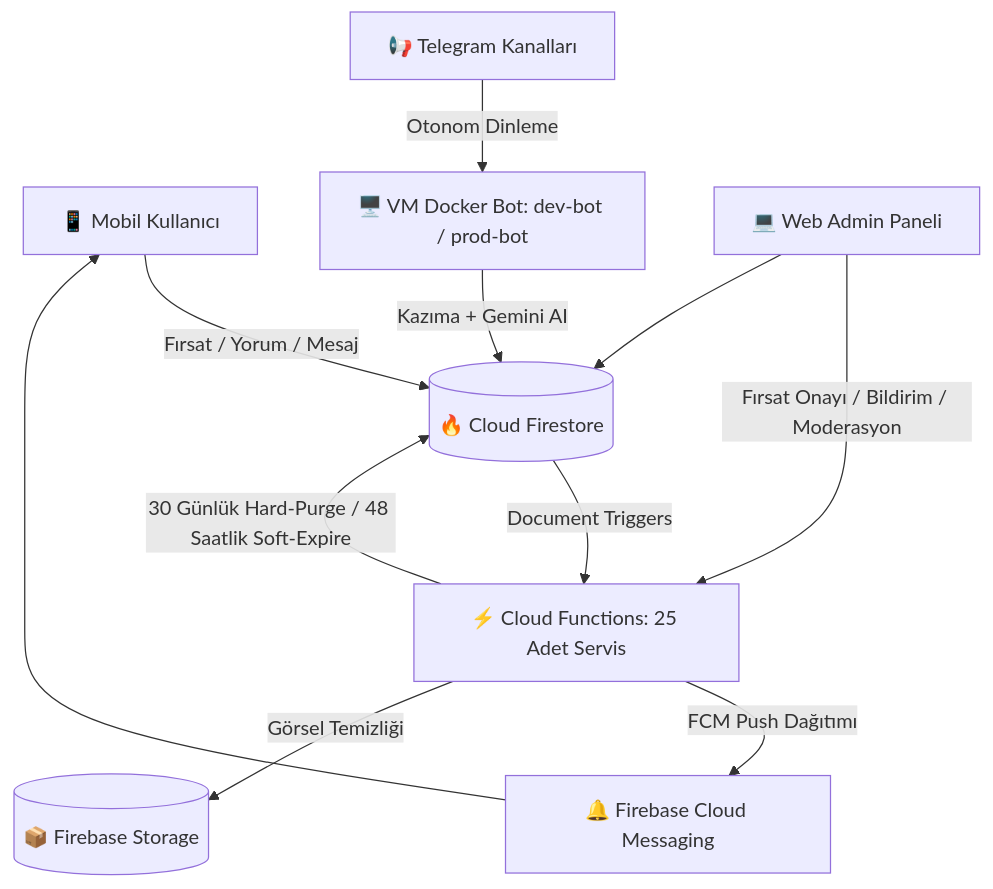
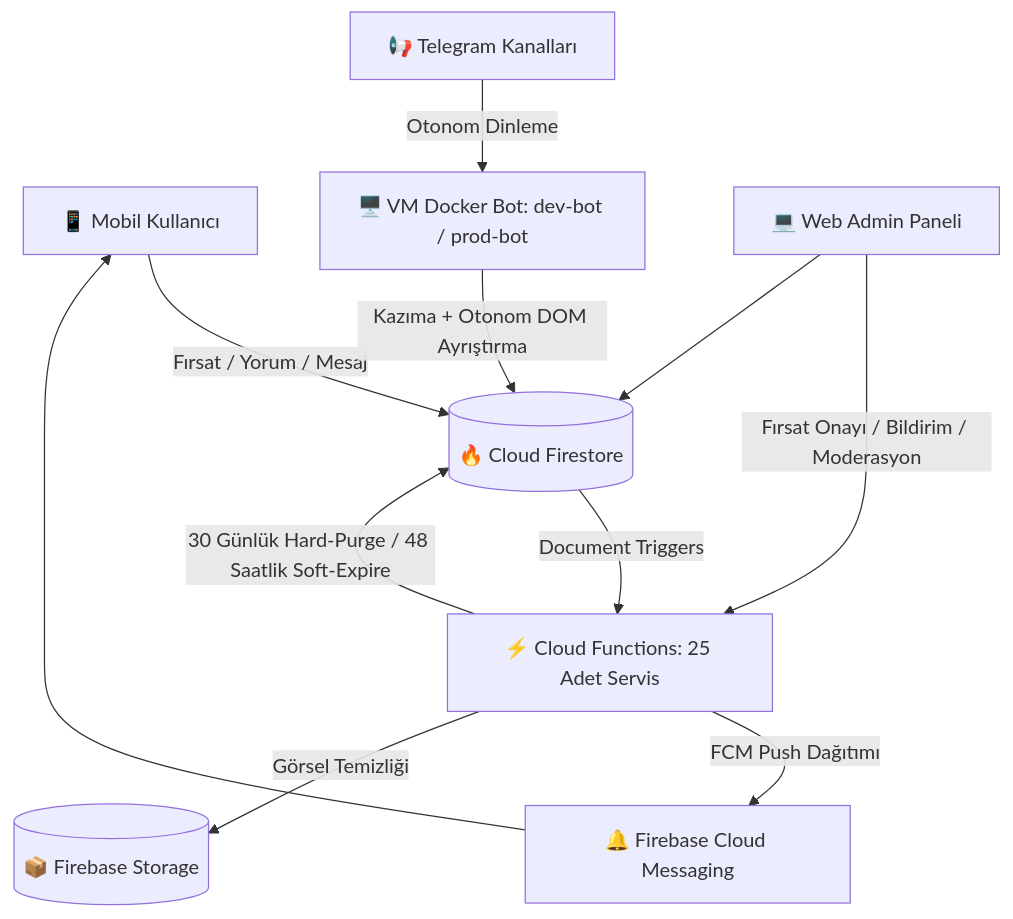
Before and after one commit to gky61/s-cak-f-rsatlar: the diagram in documentation/README.md, drawn with Mermaid. The commit also changed other lines of this file and 35 other files, not shown here.

Commit message:
refactor: otonom kazima motoruna gecis, gemini ve olu kodlarin temizligi, bildirim yonlendirme iyilestirmeleri ve gitignore optimizasyonu

````diff
--- a/documentation/README.md
+++ b/documentation/README.md
@@ -62,18 +62,18 @@
 ```mermaid
 graph TD
     %% Giriş Kaynakları
     User[📱 Mobil Kullanıcı] -->|Fırsat / Yorum / Mesaj| Firestore[(🔥 Cloud Firestore)]
     Telegram[📢 Telegram Kanalları] -->|Otonom Dinleme| BotVM[🖥️ VM Docker Bot: dev-bot / prod-bot]
-    BotVM -->|Kazıma + Gemini AI| Firestore
+    BotVM -->|Kazıma + Otonom DOM Ayrıştırma| Firestore
     
     %% Backend Motoru
     Firestore -->|Document Triggers| Functions[⚡ Cloud Functions: 25 Adet Servis]
     Functions -->|FCM Push Dağıtımı| FCM[🔔 Firebase Cloud Messaging]
     Functions -->|30 Günlük Hard-Purge / 48 Saatlik Soft-Expire| Firestore
     Functions -->|Görsel Temizliği| Storage[(📦 Firebase Storage)]
     
     %% İstemci ve Yönetim
     FCM --> User
     Admin[💻 Web Admin Paneli] -->|Fırsat Onayı / Bildirim / Moderasyon| Functions
     Admin --> Firestore
 ```
````
